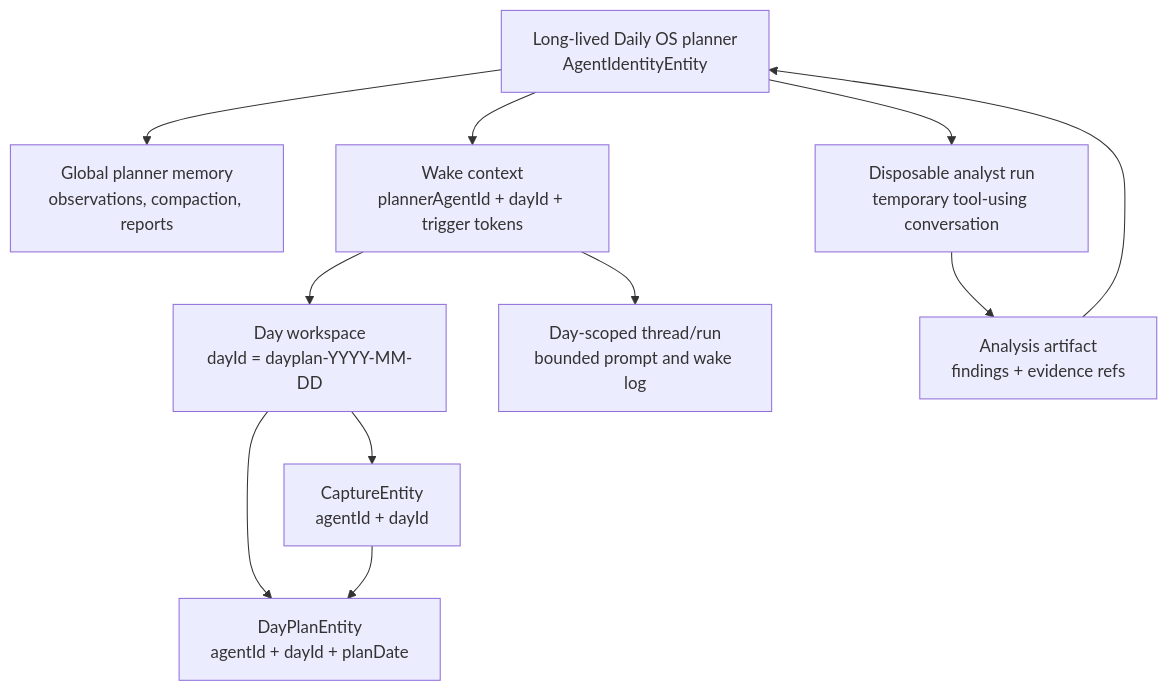
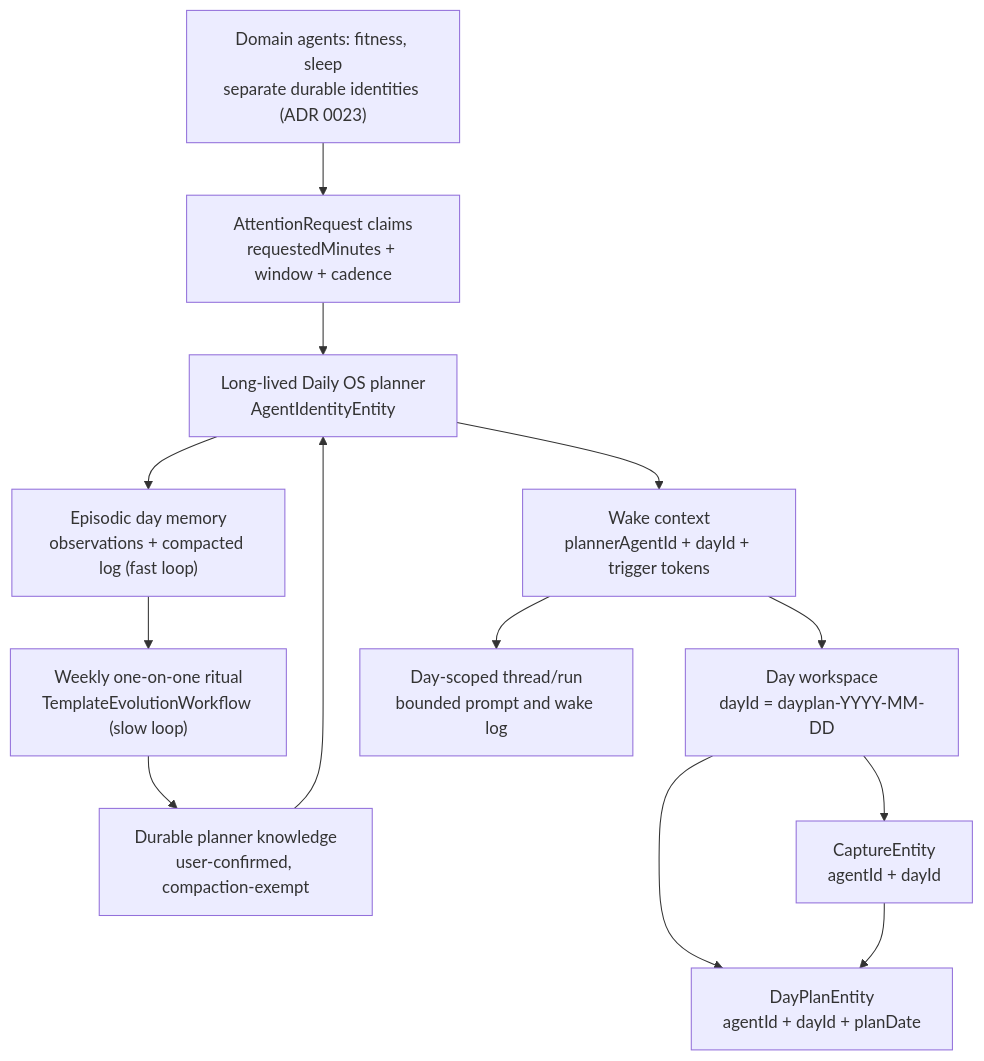
One commit to matthiasn/lotti changed the diagram in docs/adr/0022-long-lived-daily-os-planner.md. Above: the diagram before and after it, drawn with Mermaid. The commit also changed other lines of this file and 3 other files, not shown here.

````diff
--- a/docs/adr/0022-long-lived-daily-os-planner.md
+++ b/docs/adr/0022-long-lived-daily-os-planner.md
@@ -111,23 +163,27 @@
 ```mermaid
 flowchart TD
   Planner["Long-lived Daily OS planner<br/>AgentIdentityEntity"]
-  GlobalMemory["Global planner memory<br/>observations, compaction, reports"]
+  Episodic["Episodic day memory<br/>observations + compacted log (fast loop)"]
+  Weekly["Weekly one-on-one ritual<br/>TemplateEvolutionWorkflow (slow loop)"]
+  Knowledge["Durable planner knowledge<br/>user-confirmed, compaction-exempt"]
   DayWorkspace["Day workspace<br/>dayId = dayplan-YYYY-MM-DD"]
   Capture["CaptureEntity<br/>agentId + dayId"]
   Plan["DayPlanEntity<br/>agentId + dayId + planDate"]
   Wake["Wake context<br/>plannerAgentId + dayId + trigger tokens"]
   Thread["Day-scoped thread/run<br/>bounded prompt and wake log"]
-  Analyst["Disposable analyst run<br/>temporary tool-using conversation"]
-  Brief["Analysis artifact<br/>findings + evidence refs"]
+  Domain["Domain agents: fitness, sleep<br/>separate durable identities (ADR 0023)"]
+  Claim["AttentionRequest claims<br/>requestedMinutes + window + cadence"]
 
-  Planner --> GlobalMemory
+  Planner --> Episodic
+  Episodic --> Weekly
+  Weekly --> Knowledge
+  Knowledge --> Planner
   Planner --> Wake
-  Planner --> Analyst
   Wake --> DayWorkspace
   Wake --> Thread
-  Analyst --> Brief
-  Brief --> Planner
+  Domain --> Claim
+  Claim --> Planner
   DayWorkspace --> Capture
   DayWorkspace --> Plan
   Capture --> Plan
 ```
````
